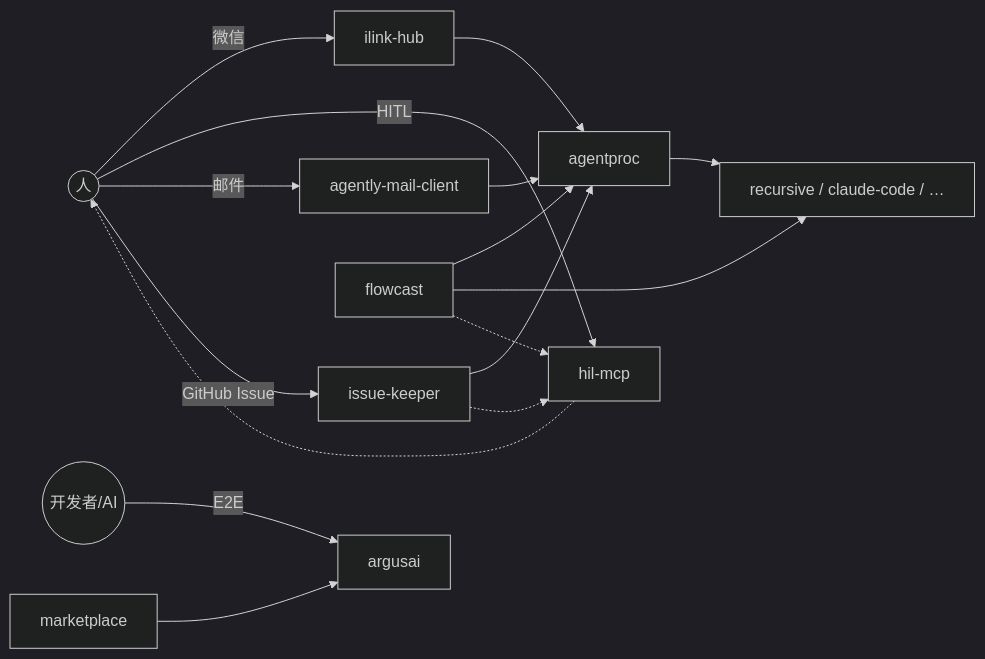
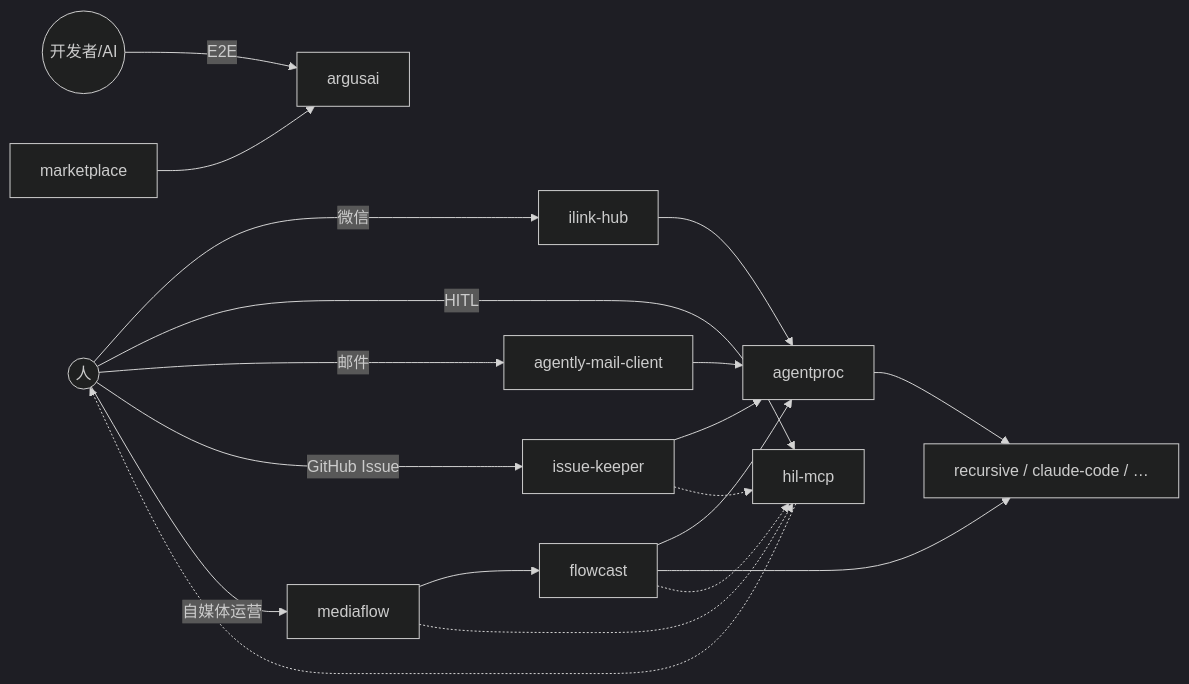
Before and after one commit to jeffkit/infra4agent: the second of 2 diagrams in docs/ARCHITECTURE.md, drawn with Mermaid (dark theme). The commit also changed other lines of this file and 4 other files, not shown here.

````diff
--- a/docs/ARCHITECTURE.md
+++ b/docs/ARCHITECTURE.md
@@ -169,23 +185,26 @@
 ```mermaid
 flowchart LR
   User((人))
 
   User -->|微信| IH[ilink-hub]
   User -->|HITL| HITL[hil-mcp]
   User -->|邮件| MAIL[agently-mail-client]
   User -->|GitHub Issue| IK[issue-keeper]
+  User -->|自媒体运营| MF[mediaflow]
 
   IH --> AP[agentproc]
   MAIL --> AP
   IK --> AP
   AP --> Agents[recursive / claude-code / …]
   FC[flowcast] --> AP
   FC --> Agents
+  MF --> FC
+  MF -.-> HITL
 
   HITL -.-> User
   FC -.-> HITL
   IK -.-> HITL
 
   Dev((开发者/AI)) -->|E2E| AA[argusai]
   AM[marketplace] --> AA
 ```
````
